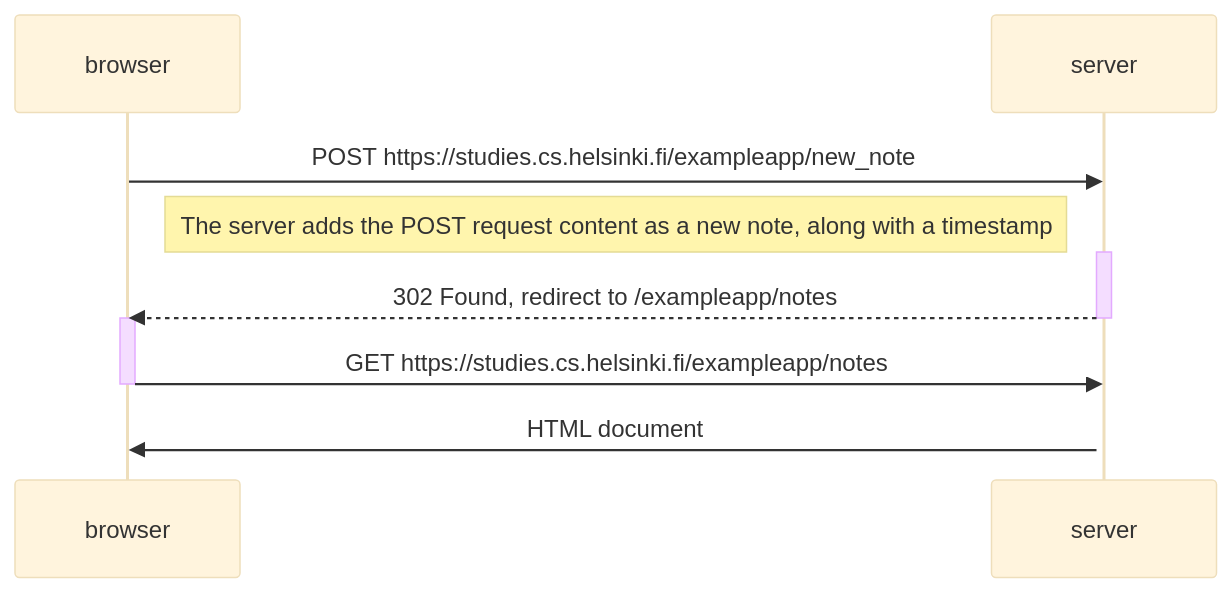
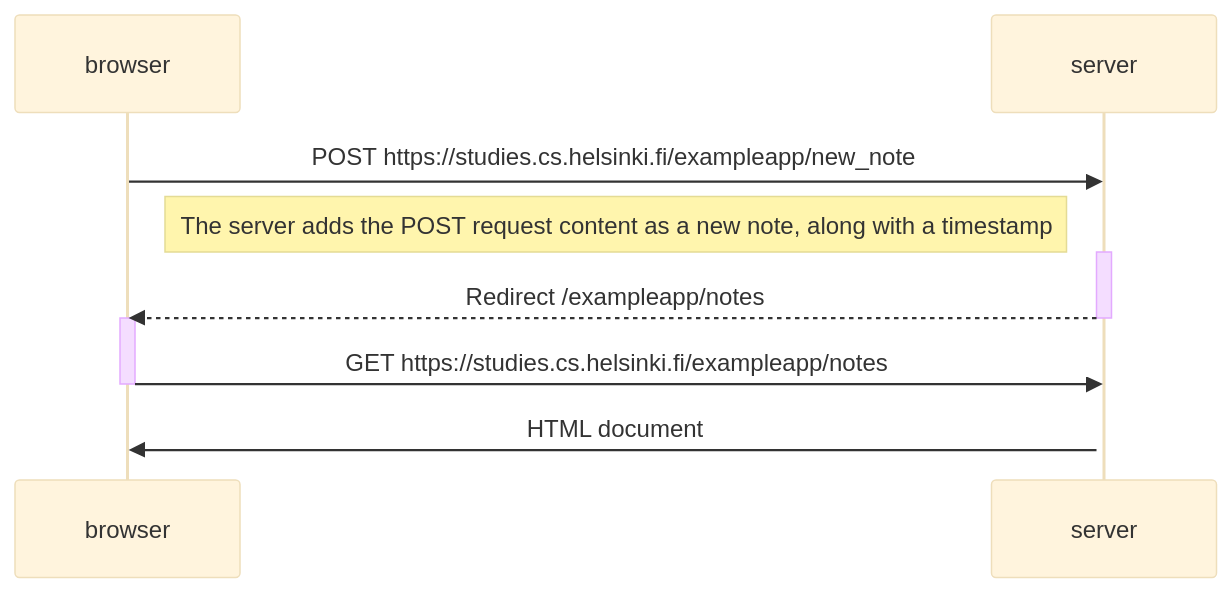
The diagram in osa0/0.4 uusi muistiinpano.md (Willowfang/FullStackOpen), drawn with Mermaid (base theme) before and after one commit.

Commit message:
Update 0.4 uusi muistiinpano.md

````diff
--- a/osa0/0.4 uusi muistiinpano.md
+++ b/osa0/0.4 uusi muistiinpano.md
@@ -1,19 +1,19 @@
 ```mermaid
 sequenceDiagram
     participant browser
     participant server
 
     browser->>server: POST https://studies.cs.helsinki.fi/exampleapp/new_note
     Note right of browser: The server adds the POST request content as a new note, along with a timestamp
 
     activate server
-    server-->>browser: 302 Found, redirect to /exampleapp/notes
+    server-->>browser: Redirect /exampleapp/notes
     deactivate server
 
     activate browser
     browser->>server: GET https://studies.cs.helsinki.fi/exampleapp/notes
     deactivate browser
 
     activate server
     server->>browser: HTML document
 ```
````
